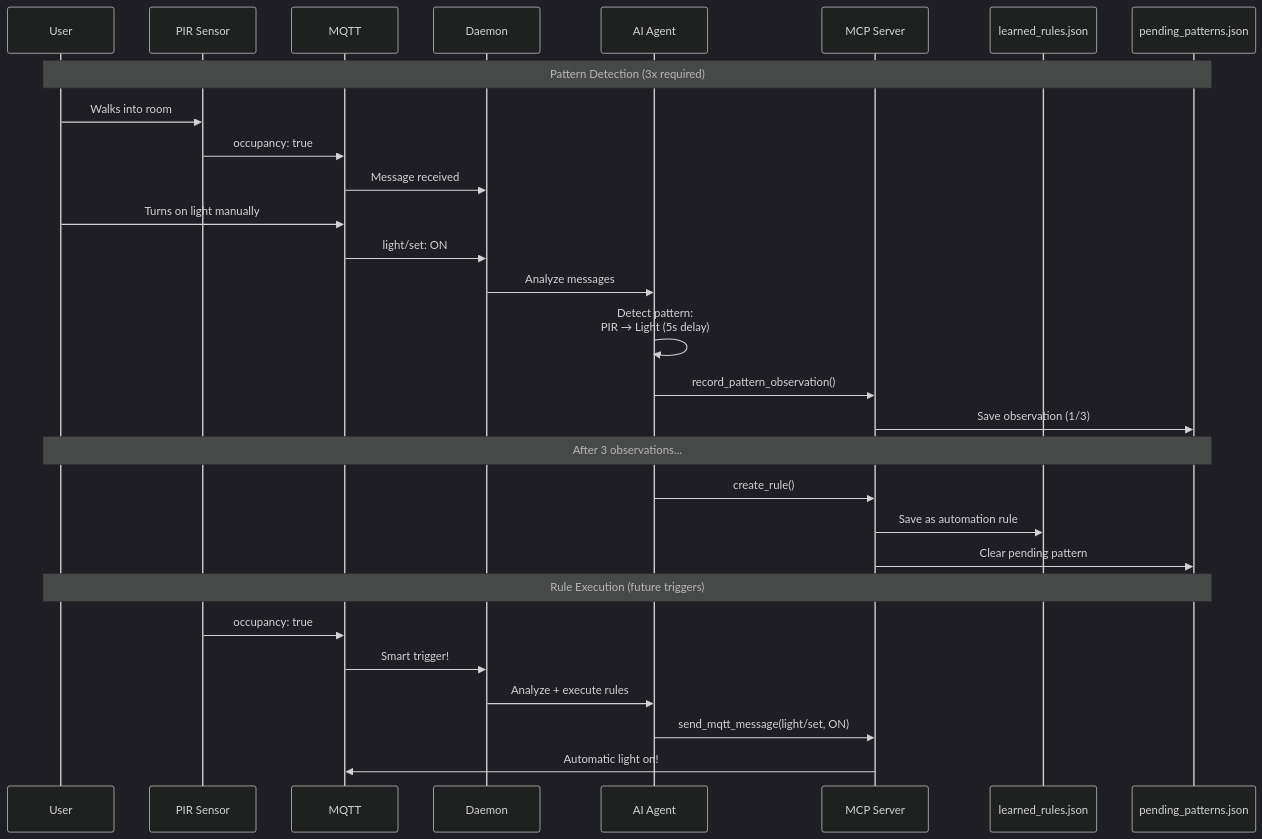
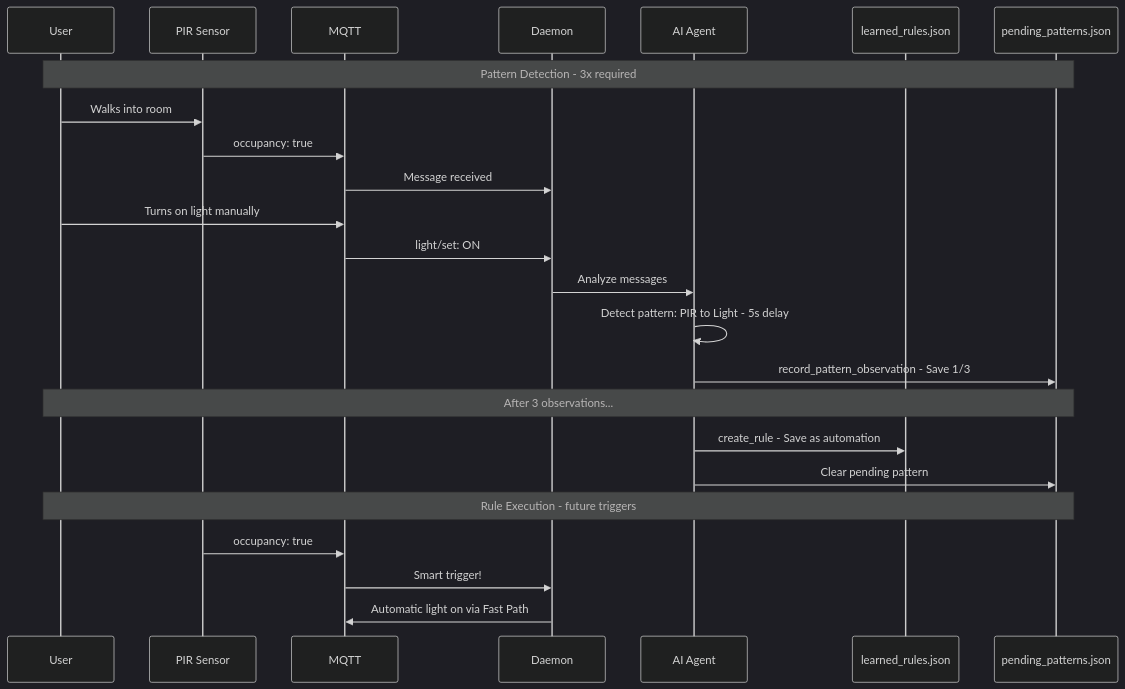
The fourth of 5 diagrams in README.md (mvklingeren/mqtt2ai), drawn with Mermaid (dark theme) before and after one commit. The commit also changed other lines of this file, not shown here.

````diff
--- a/README.md
+++ b/README.md
@@ -157,39 +215,34 @@
 ```mermaid
 sequenceDiagram
     participant User
     participant Sensor as PIR Sensor
     participant MQTT
     participant Daemon
     participant AI as AI Agent
-    participant MCP as MCP Server
     participant Rules as learned_rules.json
     participant Patterns as pending_patterns.json
 
-    Note over User,Patterns: Pattern Detection (3x required)
+    Note over User,Patterns: Pattern Detection - 3x required
     
     User->>Sensor: Walks into room
     Sensor->>MQTT: occupancy: true
     MQTT->>Daemon: Message received
     
     User->>MQTT: Turns on light manually
     MQTT->>Daemon: light/set: ON
     
     Daemon->>AI: Analyze messages
-    AI->>AI: Detect pattern:<br/>PIR → Light (5s delay)
-    AI->>MCP: record_pattern_observation()
-    MCP->>Patterns: Save observation (1/3)
+    AI->>AI: Detect pattern: PIR to Light - 5s delay
+    AI->>Patterns: record_pattern_observation - Save 1/3
     
     Note over User,Patterns: After 3 observations...
     
-    AI->>MCP: create_rule()
-    MCP->>Rules: Save as automation rule
-    MCP->>Patterns: Clear pending pattern
+    AI->>Rules: create_rule - Save as automation
+    AI->>Patterns: Clear pending pattern
     
-    Note over User,Patterns: Rule Execution (future triggers)
+    Note over User,Patterns: Rule Execution - future triggers
     
     Sensor->>MQTT: occupancy: true
     MQTT->>Daemon: Smart trigger!
-    Daemon->>AI: Analyze + execute rules
-    AI->>MCP: send_mqtt_message(light/set, ON)
-    MCP->>MQTT: Automatic light on!
+    Daemon->>MQTT: Automatic light on via Fast Path
 ```
````
